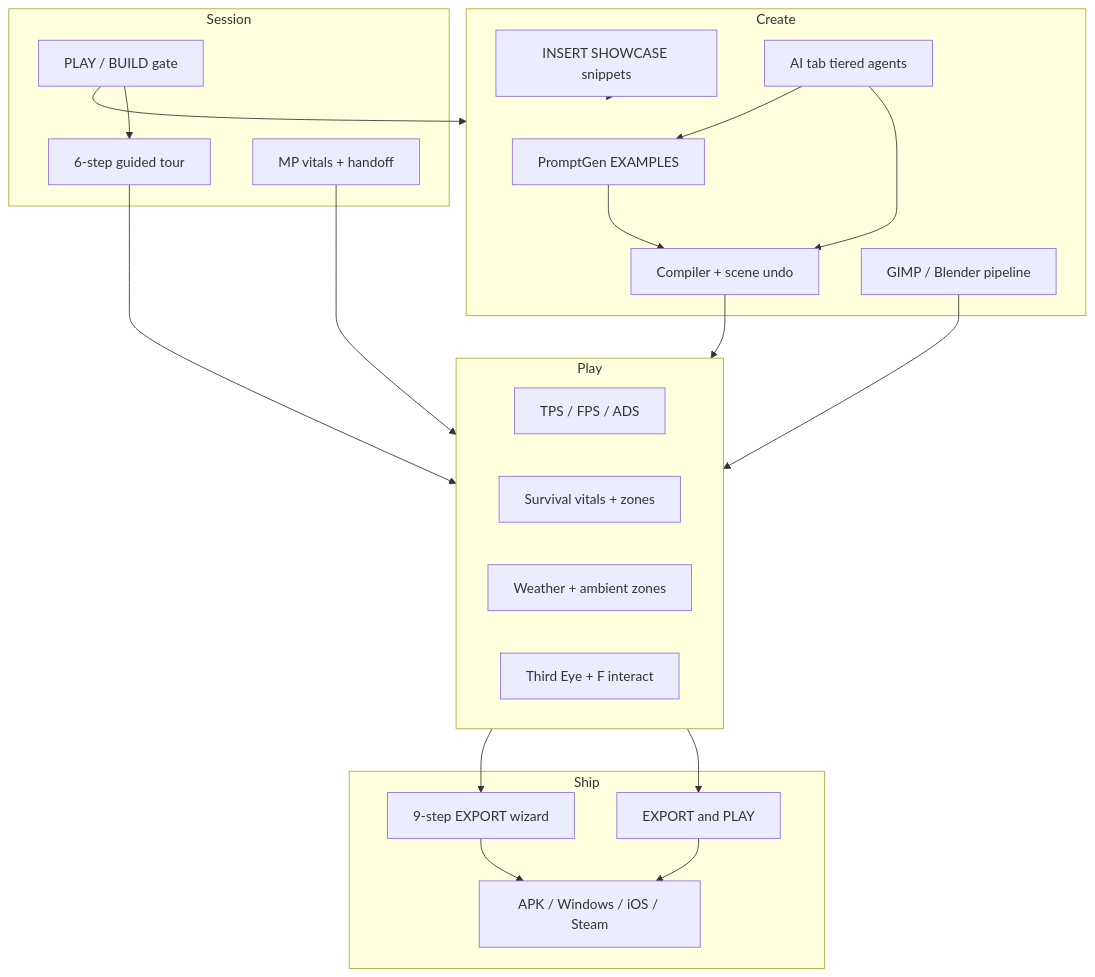
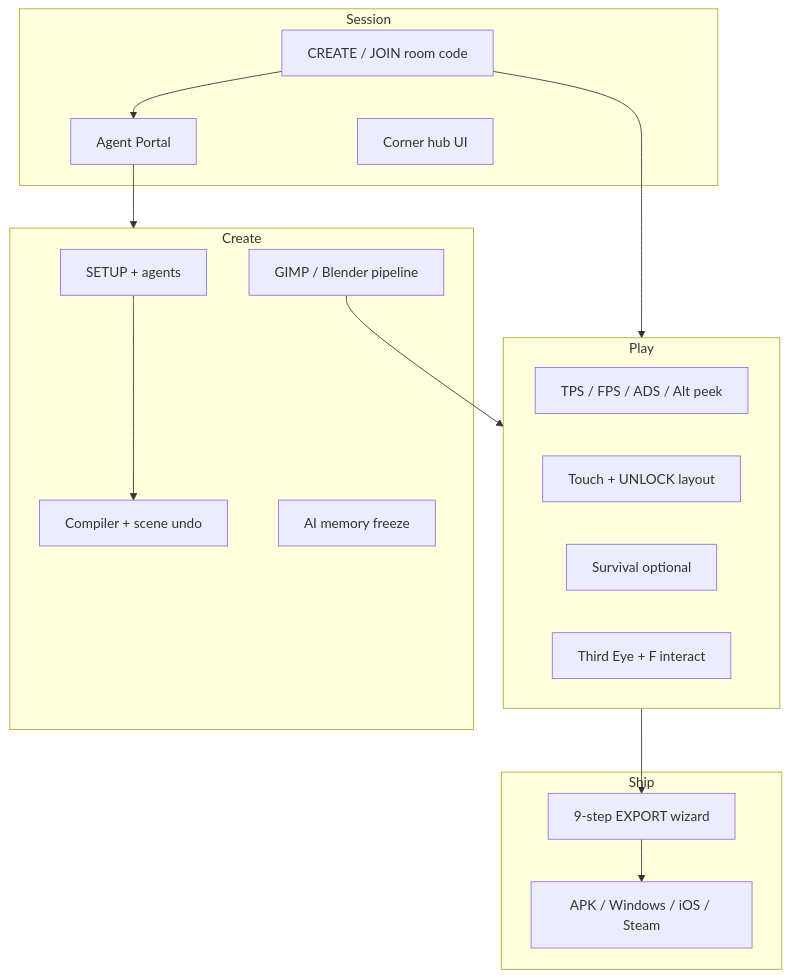
The diagram in docs/README.md (medicinalsheep/threshold), drawn with Mermaid before and after one commit. The commit also changed other lines of this file and 35 other files, not shown here.

````diff
--- a/docs/README.md
+++ b/docs/README.md
@@ -25,36 +25,29 @@
 ```mermaid
 flowchart TB
     subgraph session [Session]
-        MODE[PLAY / BUILD gate]
-        TOUR[6-step guided tour]
-        MP[MP vitals + handoff]
+        LOBBY[CREATE / JOIN room code]
+        PORTAL[Agent Portal]
+        HUBS[Corner hub UI]
     end
     subgraph play [Play]
-        TPS[TPS / FPS / ADS]
-        SURV[Survival vitals + zones]
-        WX[Weather + ambient zones]
+        TPS[TPS / FPS / ADS / Alt peek]
+        TOUCH[Touch + UNLOCK layout]
+        SURV[Survival optional]
         TE[Third Eye + F interact]
     end
     subgraph create [Create]
-        SNIP[INSERT SHOWCASE snippets]
-        PG[PromptGen EXAMPLES]
+        SETUP[SETUP + agents]
         COMP[Compiler + scene undo]
         ART[GIMP / Blender pipeline]
-        AI[AI tab tiered agents]
+        FREEZE[AI memory freeze]
     end
     subgraph ship [Ship]
-        QEP[EXPORT and PLAY]
         EXP[9-step EXPORT wizard]
         NAT[APK / Windows / iOS / Steam]
     end
-    MODE --> TOUR --> play
-    MODE --> create
-    SNIP --> create
-    PG --> COMP --> play
+    LOBBY --> PORTAL --> create
+    LOBBY --> play
+    SETUP --> COMP
     ART --> play
-    AI --> COMP
-    AI --> PG
-    play --> QEP --> NAT
     play --> EXP --> NAT
-    MP --> play
 ```
````
